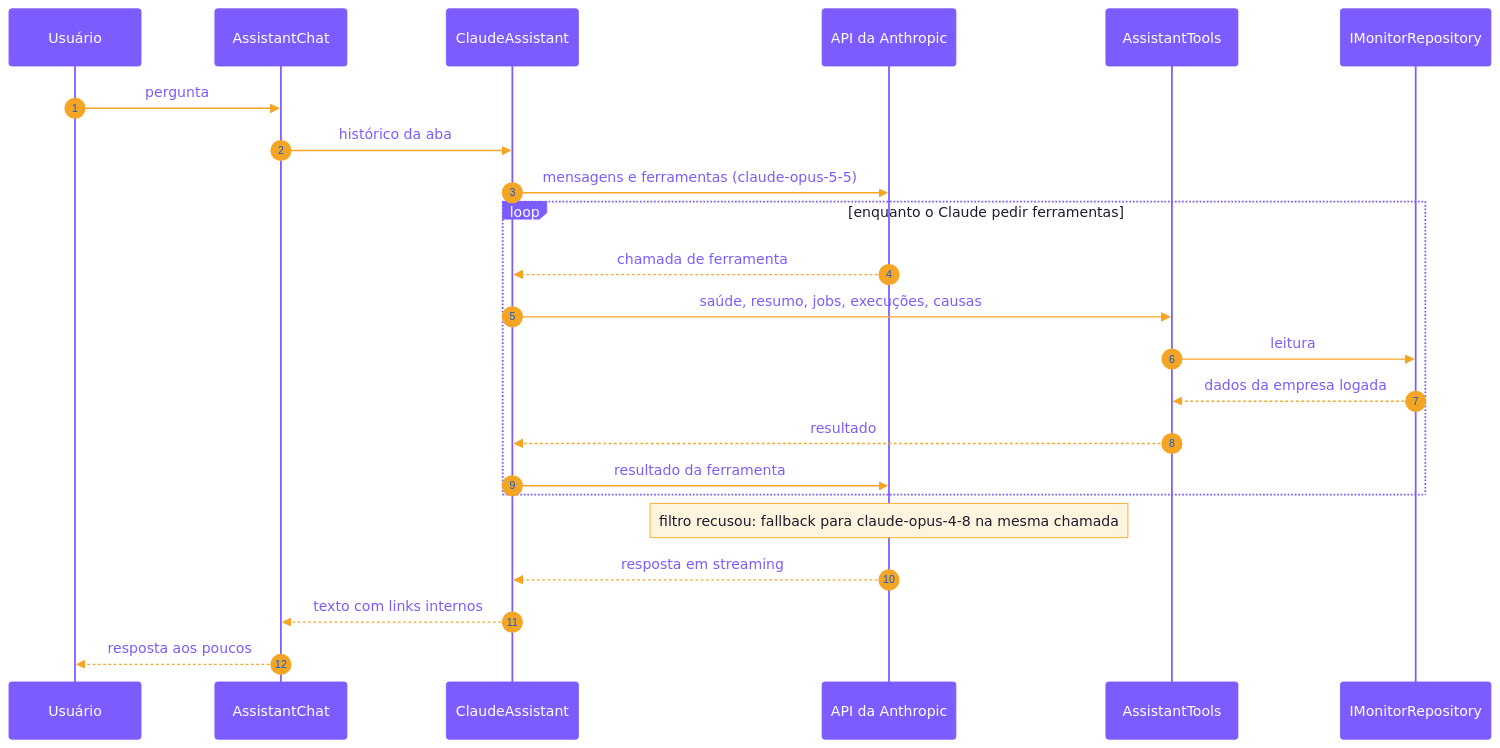
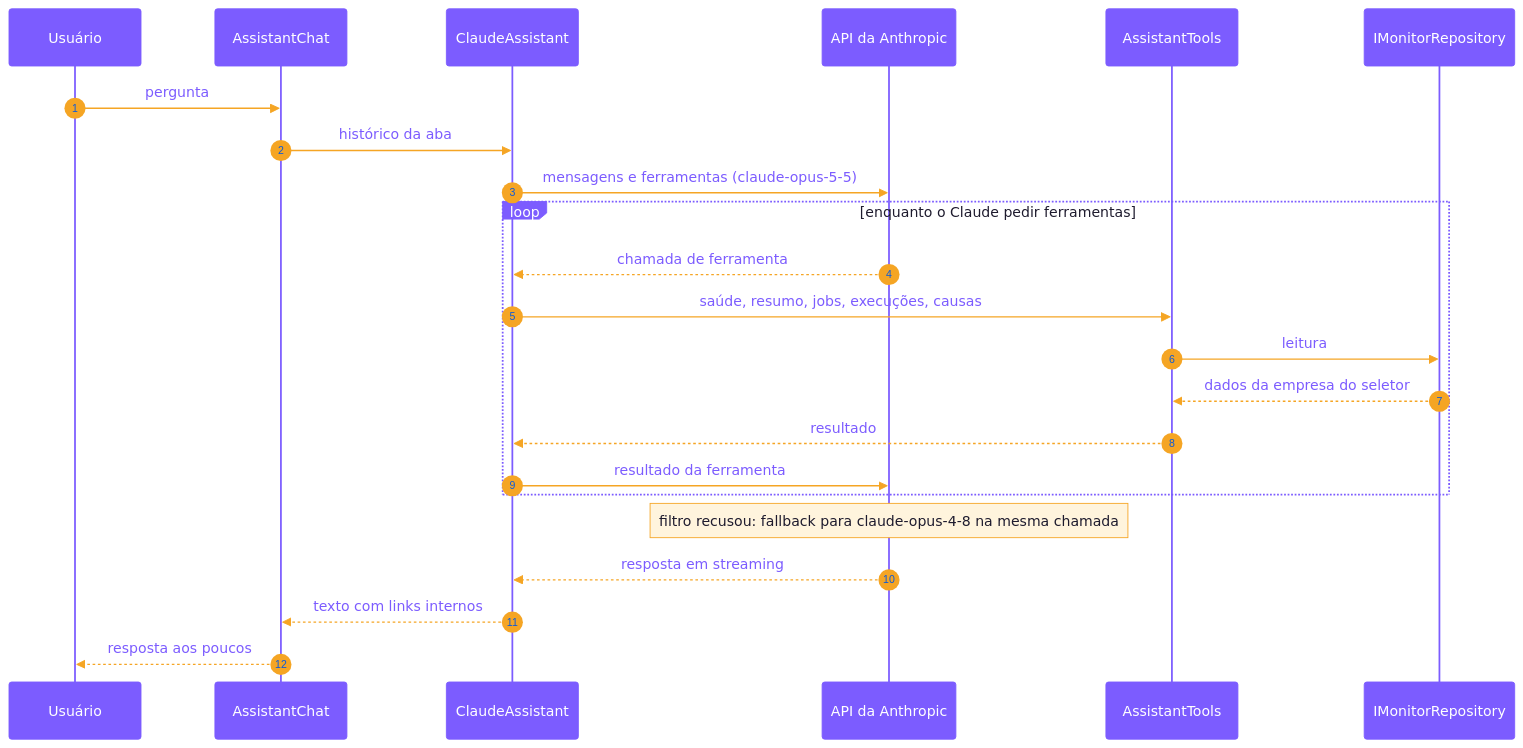
One commit to cayo-kume/extract-transform-load-integrations-system changed the fourth of 6 diagrams in src/Frontend/WebApp/README.md. Above: the diagram before and after it, drawn with Mermaid. The commit also changed other lines of this file and 121 other files, not shown here.

````diff
--- a/src/Frontend/WebApp/README.md
+++ b/src/Frontend/WebApp/README.md
@@ -420,27 +443,27 @@
 ```mermaid
 %%{init: {'theme':'base','themeVariables':{'primaryColor':'#1e1b2e','primaryTextColor':'#ffffff','primaryBorderColor':'#7c5cff','lineColor':'#f5a524','actorBkg':'#7c5cff','actorTextColor':'#ffffff','actorBorder':'#7c5cff','signalColor':'#f5a524','signalTextColor':'#7c5cff','noteBkgColor':'#fff4dd','noteTextColor':'#1e1b2e','noteBorderColor':'#f5a524','activationBkgColor':'#ede9fe','activationBorderColor':'#7c5cff','labelBoxBkgColor':'#7c5cff','labelBoxBorderColor':'#7c5cff','labelTextColor':'#ffffff','loopTextColor':'#1e1b2e'}}}%%
 sequenceDiagram
     autonumber
     participant U as Usuário
     participant C as AssistantChat
     participant A as ClaudeAssistant
     participant API as API da Anthropic
     participant T as AssistantTools
     participant R as IMonitorRepository
 
     U->>C: pergunta
     C->>A: histórico da aba
     A->>API: mensagens e ferramentas (claude-opus-5-5)
     loop enquanto o Claude pedir ferramentas
         API-->>A: chamada de ferramenta
         A->>T: saúde, resumo, jobs, execuções, causas
         T->>R: leitura
-        R-->>T: dados da empresa logada
+        R-->>T: dados da empresa do seletor
         T-->>A: resultado
         A->>API: resultado da ferramenta
     end
     Note over API: filtro recusou: fallback para claude-opus-4-8 na mesma chamada
     API-->>A: resposta em streaming
     A-->>C: texto com links internos
     C-->>U: resposta aos poucos
 ```
````
